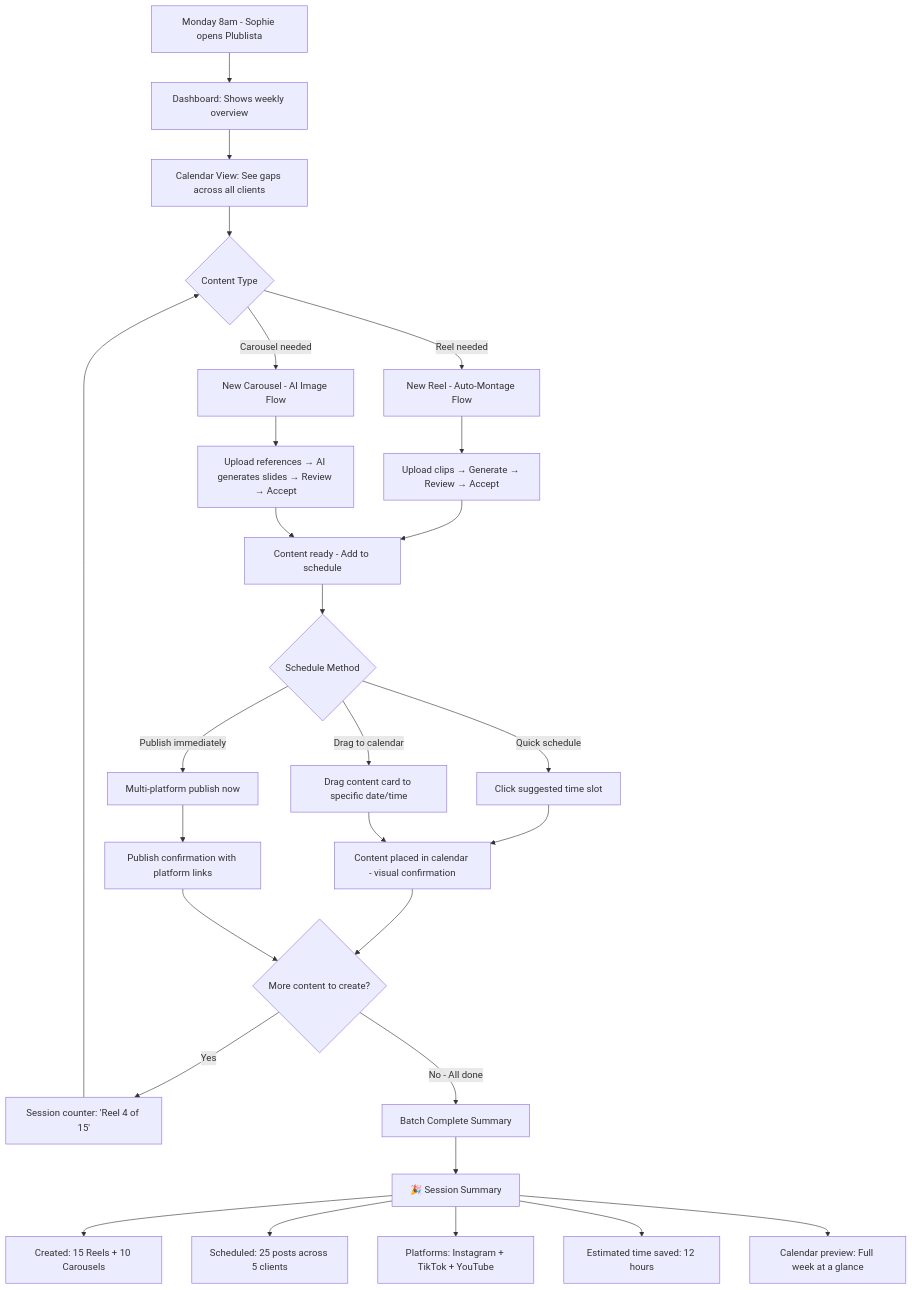
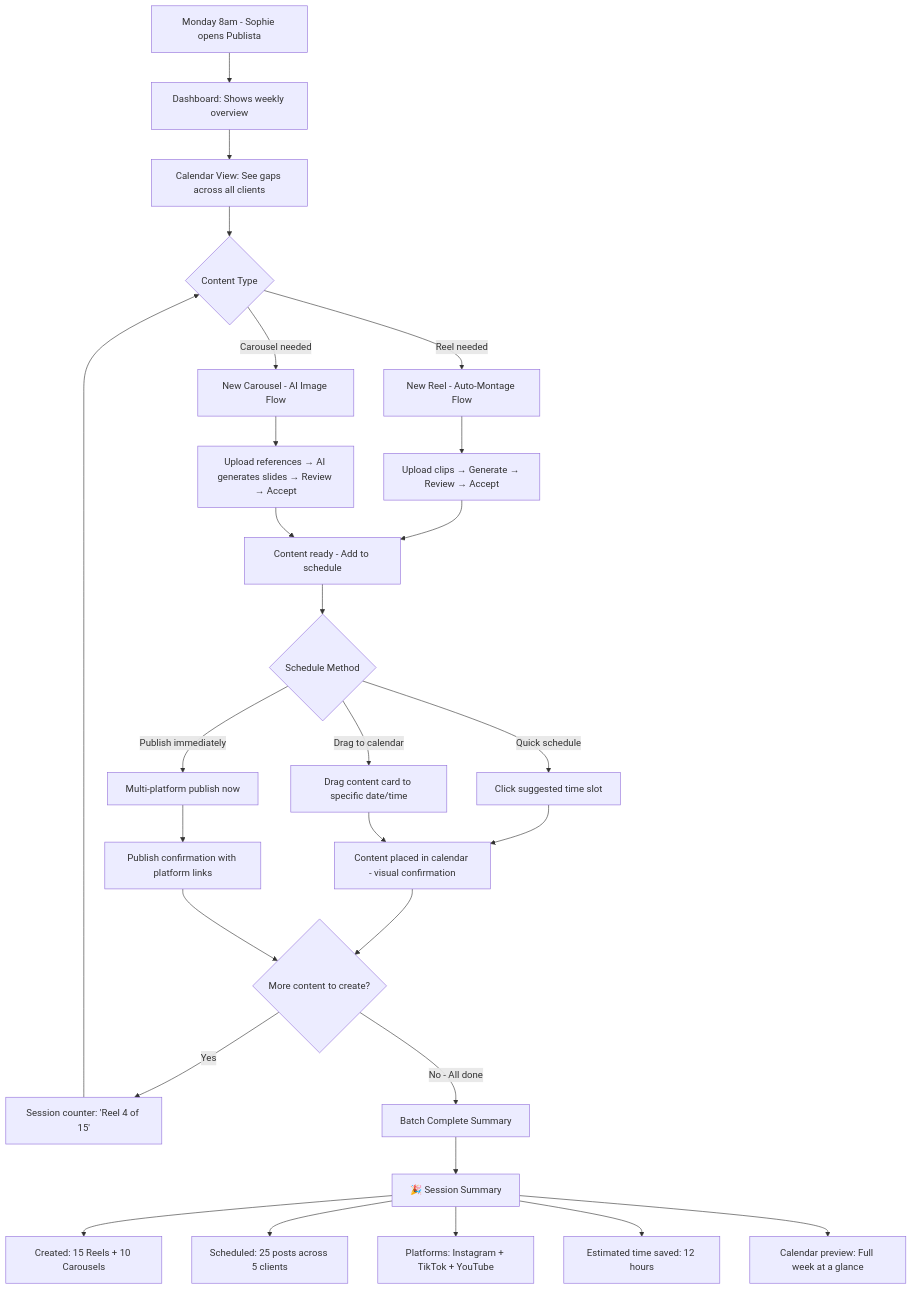
One commit to Niabag/Plublista changed the third of 5 diagrams in _bmad-output/planning-artifacts/ux-design-specification.md. Above: the diagram before and after it, drawn with Mermaid. The commit also changed other lines of this file and 111 other files, not shown here.

````diff
--- a/_bmad-output/planning-artifacts/ux-design-specification.md
+++ b/_bmad-output/planning-artifacts/ux-design-specification.md
@@ -995,30 +995,30 @@
 ```mermaid
 flowchart TD
-    A[Monday 8am - Sophie opens Plublista] --> B[Dashboard: Shows weekly overview]
+    A[Monday 8am - Sophie opens Publista] --> B[Dashboard: Shows weekly overview]
     B --> C[Calendar View: See gaps across all clients]
     C --> D{Content Type}
     D -->|Reel needed| E[New Reel - Auto-Montage Flow]
     D -->|Carousel needed| F[New Carousel - AI Image Flow]
     E --> G[Upload clips → Generate → Review → Accept]
     F --> H[Upload references → AI generates slides → Review → Accept]
     G --> I[Content ready - Add to schedule]
     H --> I
     I --> J{Schedule Method}
     J -->|Quick schedule| K[Click suggested time slot]
     J -->|Drag to calendar| L[Drag content card to specific date/time]
     J -->|Publish immediately| M[Multi-platform publish now]
     K --> N[Content placed in calendar - visual confirmation]
     L --> N
     M --> O[Publish confirmation with platform links]
     N --> P{More content to create?}
     O --> P
     P -->|Yes| Q[Session counter: 'Reel 4 of 15']
     P -->|No - All done| R[Batch Complete Summary]
     Q --> D
     R --> S[🎉 Session Summary]
     S --> S1[Created: 15 Reels + 10 Carousels]
     S --> S2[Scheduled: 25 posts across 5 clients]
     S --> S3[Platforms: Instagram + TikTok + YouTube]
     S --> S4[Estimated time saved: 12 hours]
     S --> S5[Calendar preview: Full week at a glance]
 ```
````
